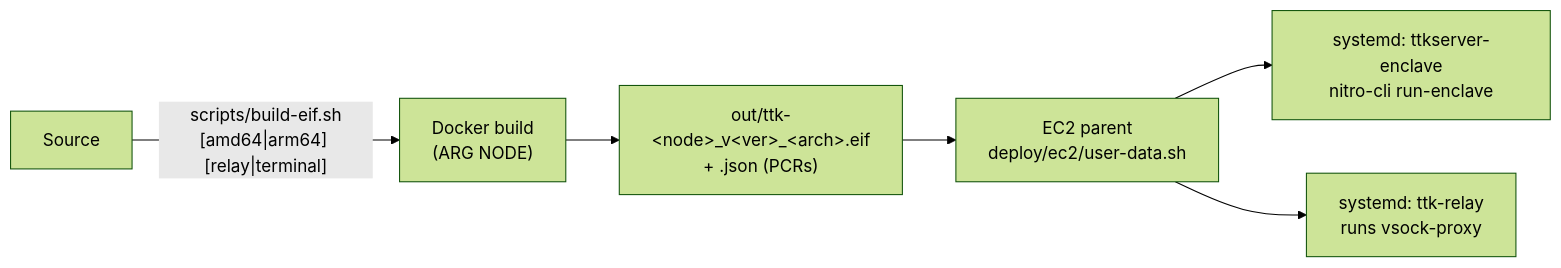
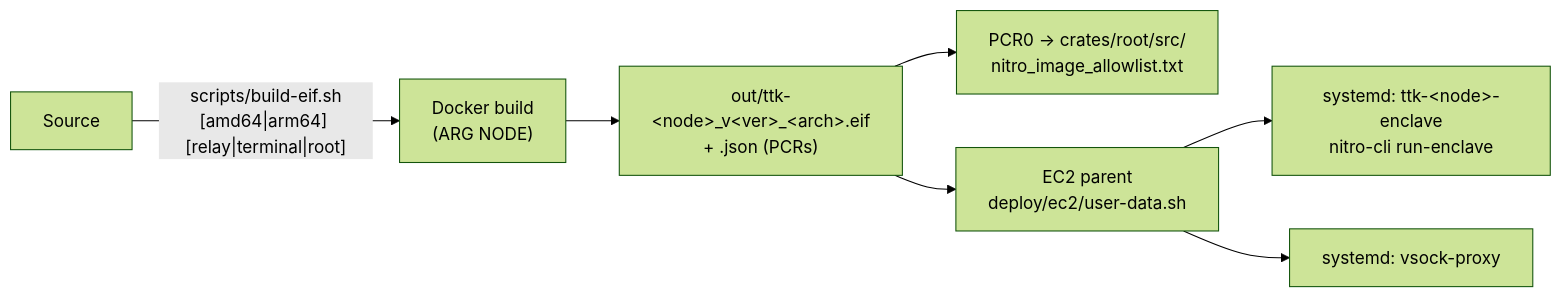
Before and after one commit to Lanetus/TTKServer: the tenth of 10 diagrams in docs/src/ARCHITECTURE.md, drawn with Mermaid (forest theme). The commit also changed other lines of this file and 9 other files, not shown here.

First line of the commit message:
fix: update the mdBook architecture docs to the current workspace (#76)

````diff
--- a/docs/src/ARCHITECTURE.md
+++ b/docs/src/ARCHITECTURE.md
@@ -358,8 +478,9 @@
 ```mermaid
 flowchart LR
-    src["Source"] -- "scripts/build-eif.sh<br/>[amd64|arm64] [relay|terminal]" --> docker["Docker build<br/>(ARG NODE)"]
+    src["Source"] -- "scripts/build-eif.sh<br/>[amd64|arm64] [relay|terminal|root]" --> docker["Docker build<br/>(ARG NODE)"]
     docker --> eif["out/ttk-&lt;node&gt;_v&lt;ver&gt;_&lt;arch&gt;.eif<br/>+ .json (PCRs)"]
+    eif --> allow["PCR0 → crates/root/src/<br/>nitro_image_allowlist.txt"]
     eif --> ec2["EC2 parent<br/>deploy/ec2/user-data.sh"]
-    ec2 --> u1["systemd: ttkserver-enclave<br/>nitro-cli run-enclave"]
-    ec2 --> u2["systemd: ttk-relay<br/>runs vsock-proxy"]
+    ec2 --> u1["systemd: ttk-&lt;node&gt;-enclave<br/>nitro-cli run-enclave"]
+    ec2 --> u2["systemd: vsock-proxy"]
 ```
````
